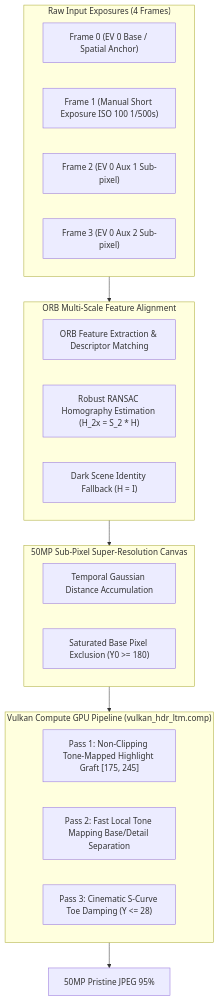
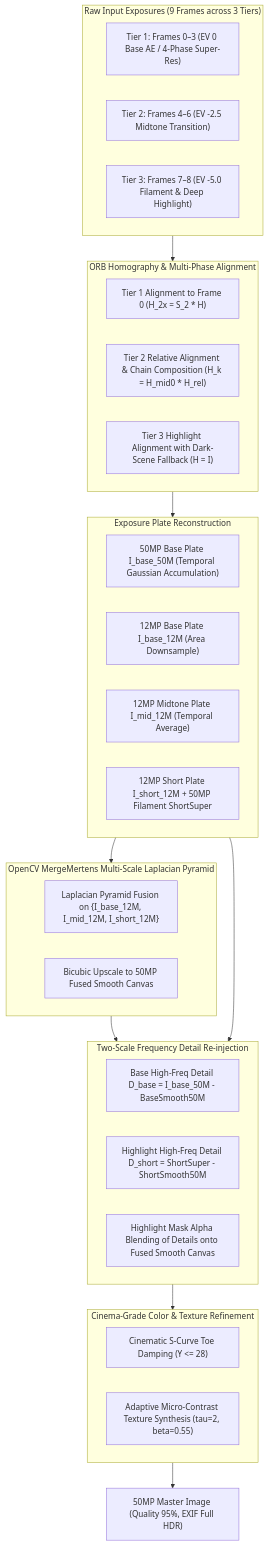
One commit to eviau512/Hachimi-Scan changed the diagram in specs/SPEC_02_COMPUTATIONAL_PHOTOGRAPHY_AND_VULKAN_HDR.md. Above: the diagram before and after it, drawn with Mermaid. The commit also changed other lines of this file and 4 other files, not shown here.

Commit message:
feat(hdr): implement Apple Deep Fusion 9-frame exposure pyramid and OpenCV MergeMertens Laplacian fusion (v11)

````diff
--- a/specs/SPEC_02_COMPUTATIONAL_PHOTOGRAPHY_AND_VULKAN_HDR.md
+++ b/specs/SPEC_02_COMPUTATIONAL_PHOTOGRAPHY_AND_VULKAN_HDR.md
@@ -15,31 +15,45 @@
 ```mermaid
 graph TD
-    subgraph Input_Frames ["Raw Input Exposures (4 Frames)"]
-        F0["Frame 0 (EV 0 Base / Spatial Anchor)"]
-        F1["Frame 1 (Manual Short Exposure ISO 100 1/500s)"]
-        F2["Frame 2 (EV 0 Aux 1 Sub-pixel)"]
-        F3["Frame 3 (EV 0 Aux 2 Sub-pixel)"]
+    subgraph Input_Frames ["Raw Input Exposures (9 Frames across 3 Tiers)"]
+        T1["Tier 1: Frames 0–3 (EV 0 Base AE / 4-Phase Super-Res)"]
+        T2["Tier 2: Frames 4–6 (EV -2.5 Midtone Transition)"]
+        T3["Tier 3: Frames 7–8 (EV -5.0 Filament & Deep Highlight)"]
     end
 
-    subgraph Alignment ["ORB Multi-Scale Feature Alignment"]
-        ORB["ORB Feature Extraction & Descriptor Matching"]
-        RANSAC["Robust RANSAC Homography Estimation (H_2x = S_2 * H)"]
-        Fallback["Dark Scene Identity Fallback (H = I)"]
+    subgraph Alignment ["ORB Homography & Multi-Phase Alignment"]
+        Align1["Tier 1 Alignment to Frame 0 (H_2x = S_2 * H)"]
+        Align2["Tier 2 Relative Alignment & Chain Composition (H_k = H_mid0 * H_rel)"]
+        Align3["Tier 3 Highlight Alignment with Dark-Scene Fallback (H = I)"]
     end
 
-    subgraph SuperRes ["50MP Sub-Pixel Super-Resolution Canvas"]
-        Accum["Temporal Gaussian Distance Accumulation"]
-        SatExcl["Saturated Base Pixel Exclusion (Y0 >= 180)"]
+    subgraph Reconstruction ["Exposure Plate Reconstruction"]
+        PlateBase50["50MP Base Plate I_base_50M (Temporal Gaussian Accumulation)"]
+        PlateBase12["12MP Base Plate I_base_12M (Area Downsample)"]
+        PlateMid12["12MP Midtone Plate I_mid_12M (Temporal Average)"]
+        PlateShort12["12MP Short Plate I_short_12M + 50MP Filament ShortSuper"]
     end
 
-    subgraph VulkanGPU ["Vulkan Compute GPU Pipeline (vulkan_hdr_ltm.comp)"]
-        Graft["Pass 1: Non-Clipping Tone-Mapped Highlight Graft [175, 245]"]
-        LTM["Pass 2: Fast Local Tone Mapping Base/Detail Separation"]
-        Toe["Pass 3: Cinematic S-Curve Toe Damping (Y <= 28)"]
+    subgraph MertensFusion ["OpenCV MergeMertens Multi-Scale Laplacian Pyramid"]
+        Mertens["Laplacian Pyramid Fusion on {I_base_12M, I_mid_12M, I_short_12M}"]
+        Upscale["Bicubic Upscale to 50MP Fused Smooth Canvas"]
+    end
+
+    subgraph FrequencySplit ["Two-Scale Frequency Detail Re-injection"]
+        DetBase["Base High-Freq Detail D_base = I_base_50M - BaseSmooth50M"]
+        DetShort["Highlight High-Freq Detail D_short = ShortSuper - ShortSmooth50M"]
+        Blend["Highlight Mask Alpha Blending of Details onto Fused Smooth Canvas"]
+    end
+
+    subgraph PostProcessing ["Cinema-Grade Color & Texture Refinement"]
+        Toe["Cinematic S-Curve Toe Damping (Y <= 28)"]
+        Texture["Adaptive Micro-Contrast Texture Synthesis (tau=2, beta=0.55)"]
     end
 
     Input_Frames --> Alignment
-    Alignment --> SuperRes
-    SuperRes --> VulkanGPU
-    VulkanGPU --> Output["50MP Pristine JPEG 95%"]
+    Alignment --> Reconstruction
+    Reconstruction --> MertensFusion
+    MertensFusion --> FrequencySplit
+    Reconstruction --> FrequencySplit
+    FrequencySplit --> PostProcessing
+    PostProcessing --> Output["50MP Master Image (Quality 95%, EXIF Full HDR)"]
 ```
````
